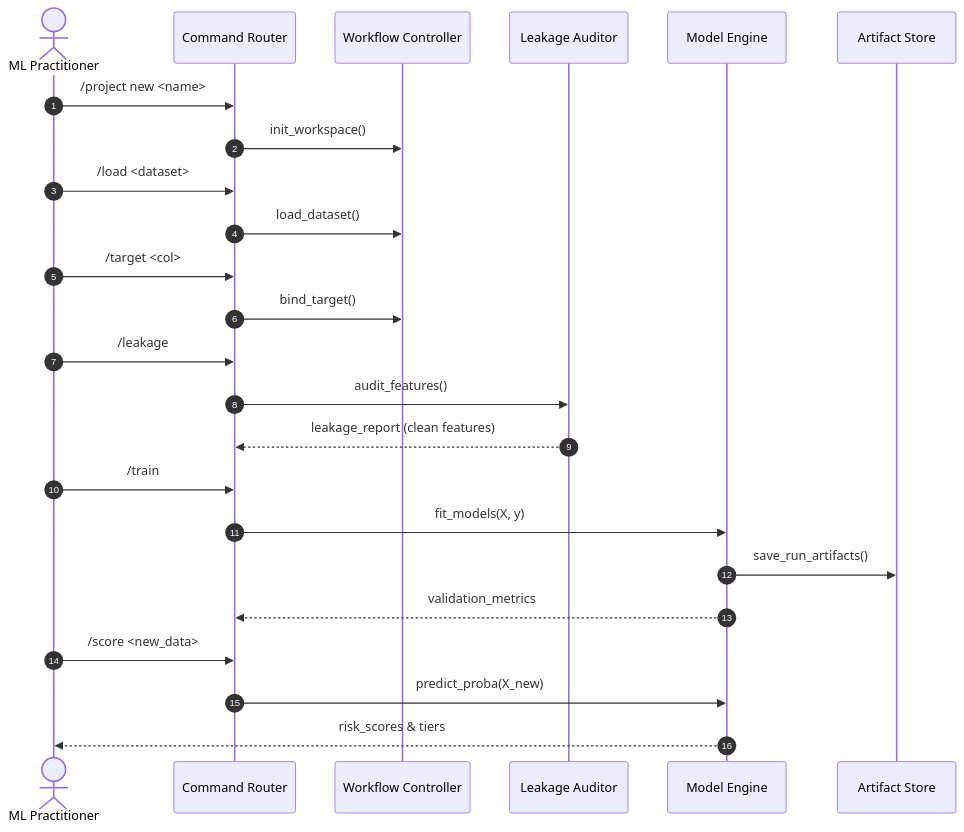
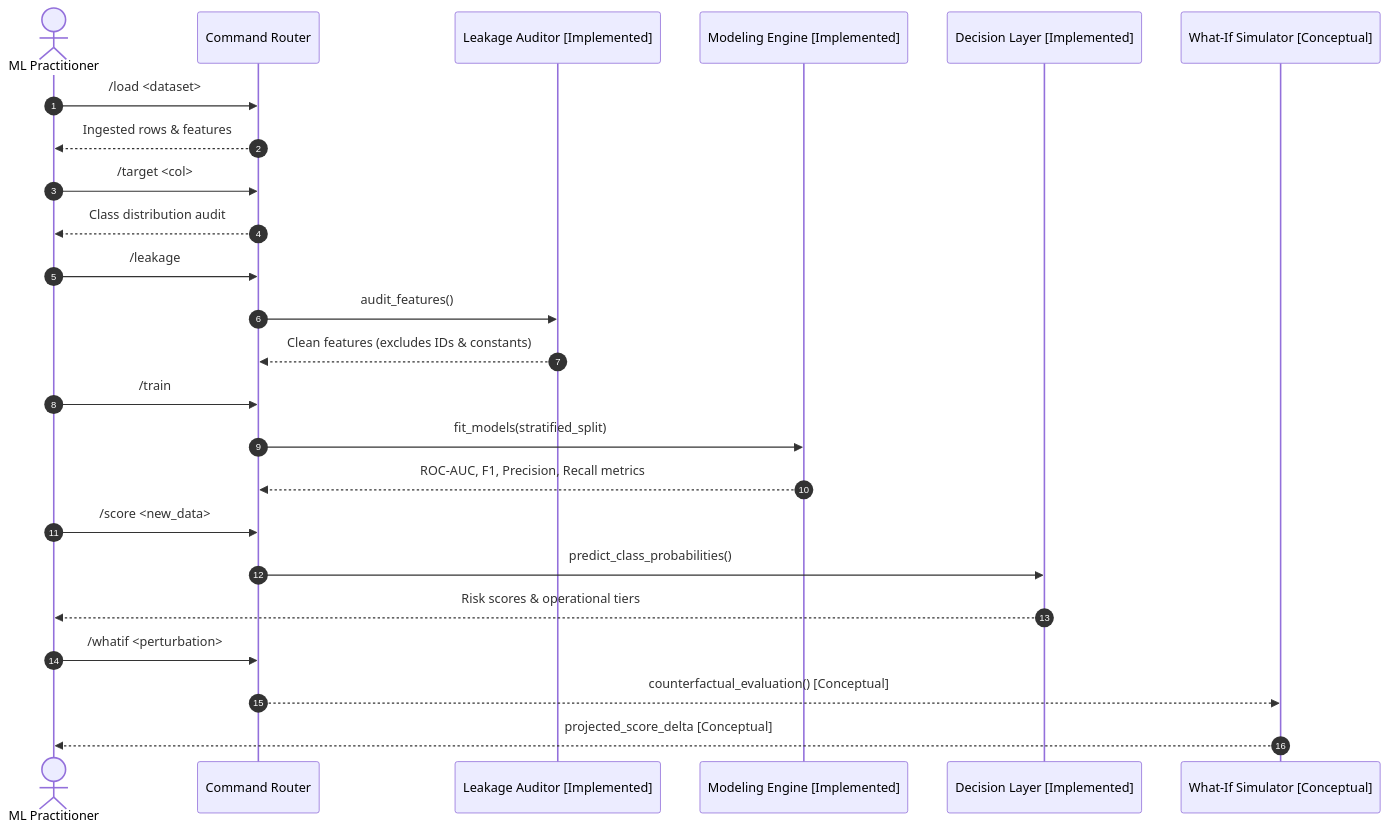
The diagram in examples/demo_session.md (DanteBurbano27/asuna-ml-agent), drawn with Mermaid before and after one commit. The commit also changed other lines of this file and 6 other files, not shown here.

Commit message:
fix: align architecture claims with implementation, add numpy dependency and CI workflow

````diff
--- a/examples/demo_session.md
+++ b/examples/demo_session.md
@@ -58,27 +63,27 @@
 ```mermaid
 sequenceDiagram
     autonumber
     actor User as ML Practitioner
     participant CLI as Command Router
-    participant Engine as Workflow Controller
-    participant Auditor as Leakage Auditor
-    participant Trainer as Model Engine
-    participant Store as Artifact Store
+    participant Gov as Leakage Auditor [Implemented]
+    participant ML as Modeling Engine [Implemented]
+    participant Dec as Decision Layer [Implemented]
+    participant Sim as What-If Simulator [Conceptual]
 
-    User->>CLI: /project new <name>
-    CLI->>Engine: init_workspace()
     User->>CLI: /load <dataset>
-    CLI->>Engine: load_dataset()
+    CLI-->>User: Ingested rows & features
     User->>CLI: /target <col>
-    CLI->>Engine: bind_target()
+    CLI-->>User: Class distribution audit
     User->>CLI: /leakage
-    CLI->>Auditor: audit_features()
-    Auditor-->>CLI: leakage_report (clean features)
+    CLI->>Gov: audit_features()
+    Gov-->>CLI: Clean features (excludes IDs & constants)
     User->>CLI: /train
-    CLI->>Trainer: fit_models(X, y)
-    Trainer->>Store: save_run_artifacts()
-    Trainer-->>CLI: validation_metrics
+    CLI->>ML: fit_models(stratified_split)
+    ML-->>CLI: ROC-AUC, F1, Precision, Recall metrics
     User->>CLI: /score <new_data>
-    CLI->>Trainer: predict_proba(X_new)
-    Trainer-->>User: risk_scores & tiers
+    CLI->>Dec: predict_class_probabilities()
+    Dec-->>User: Risk scores & operational tiers
+    User->>CLI: /whatif <perturbation>
+    CLI-->>Sim: counterfactual_evaluation() [Conceptual]
+    Sim-->>User: projected_score_delta [Conceptual]
 ```
````
